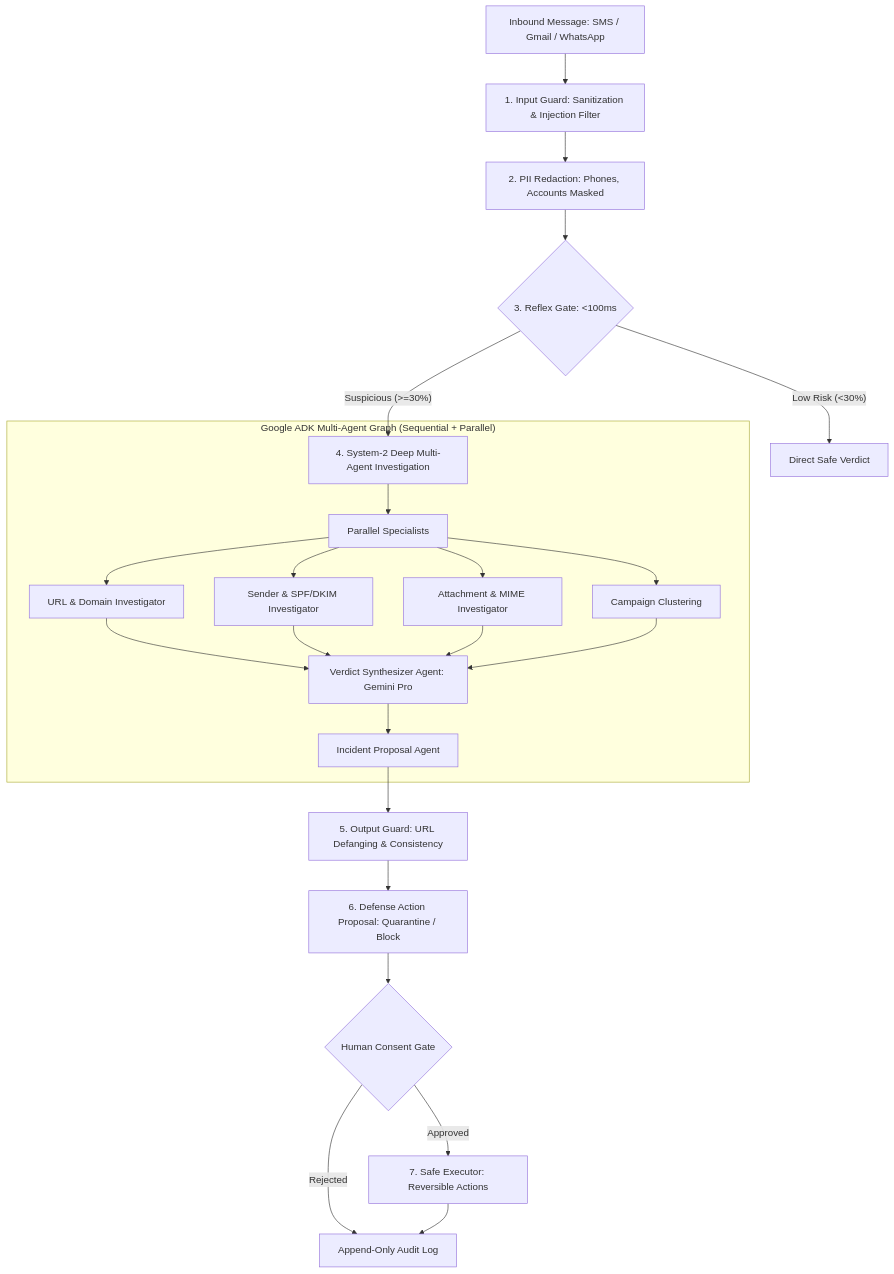
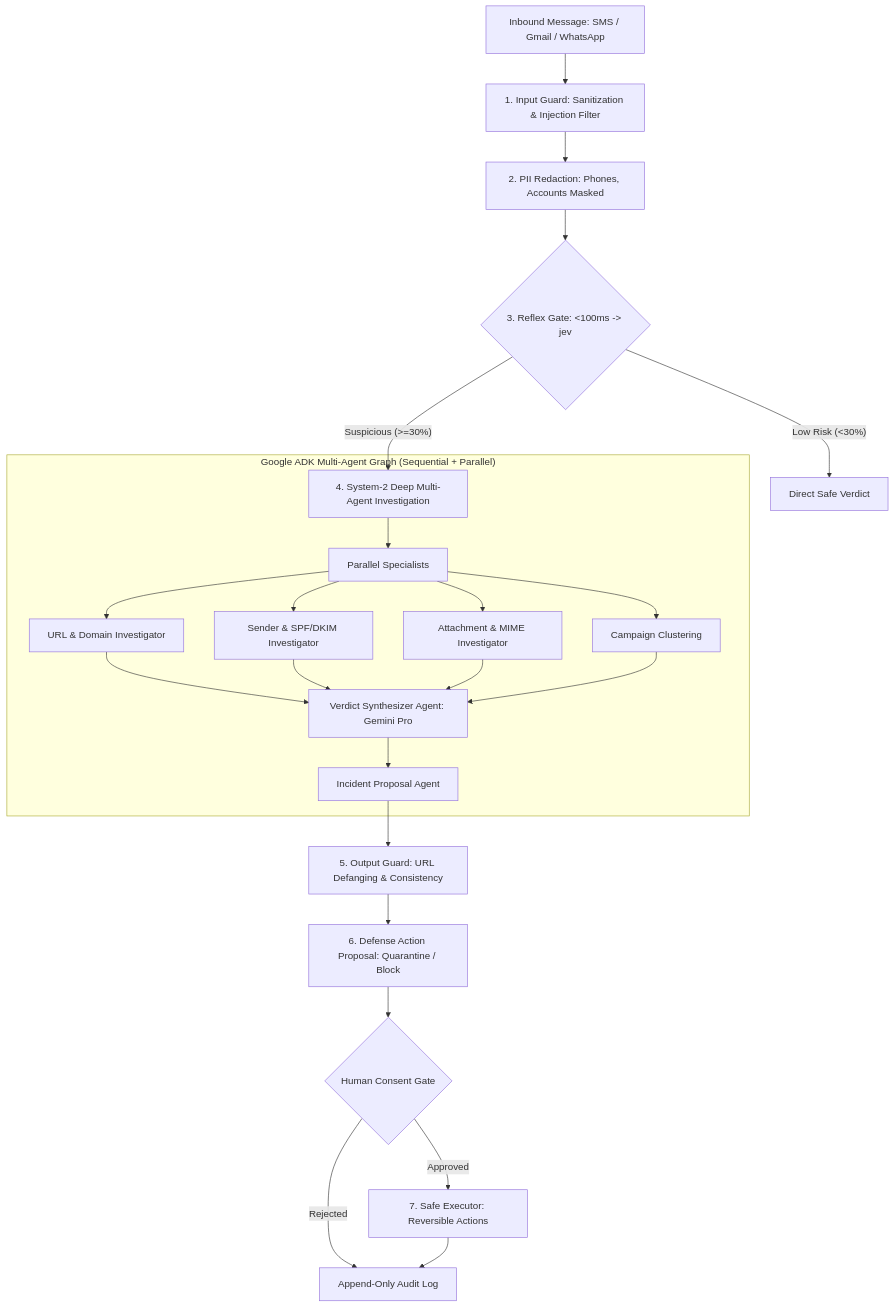
Before and after one commit to NANDAVELAN/scamshield: the diagram in README.md, drawn with Mermaid.

Commit message:
Update Reflex Gate label in README

````diff
--- a/README.md
+++ b/README.md
@@ -56,30 +56,30 @@
 ```mermaid
 graph TD
     Inbound[Inbound Message: SMS / Gmail / WhatsApp] --> InputGuard[1. Input Guard: Sanitization & Injection Filter]
     InputGuard --> Redact[2. PII Redaction: Phones, Accounts Masked]
-    Redact --> ReflexGate{3. Reflex Gate: <100ms}
+    Redact --> ReflexGate{3. Reflex Gate: <100ms -> jev }
     
     ReflexGate -- "Low Risk (<30%)" --> FastVerdict[Direct Safe Verdict]
     ReflexGate -- "Suspicious (>=30%)" --> Investigation[4. System-2 Deep Multi-Agent Investigation]
     
     subgraph "Google ADK Multi-Agent Graph (Sequential + Parallel)"
         Investigation --> ParallelAgents["Parallel Specialists"]
         ParallelAgents --> URLAgent[URL & Domain Investigator]
         ParallelAgents --> SenderAgent[Sender & SPF/DKIM Investigator]
         ParallelAgents --> AttachAgent[Attachment & MIME Investigator]
         ParallelAgents --> CampaignAgent[Campaign Clustering]
         
         URLAgent --> Synthesizer[Verdict Synthesizer Agent: Gemini Pro]
         SenderAgent --> Synthesizer
         AttachAgent --> Synthesizer
         CampaignAgent --> Synthesizer
         Synthesizer --> IncidentAgent[Incident Proposal Agent]
     end
     
     IncidentAgent --> OutputGuard[5. Output Guard: URL Defanging & Consistency]
     OutputGuard --> ProposedAction[6. Defense Action Proposal: Quarantine / Block]
     ProposedAction --> HumanGate{Human Consent Gate}
     HumanGate -- Approved --> Executor[7. Safe Executor: Reversible Actions]
     HumanGate -- Rejected --> AuditLog[Append-Only Audit Log]
     Executor --> AuditLog
 ```
````
